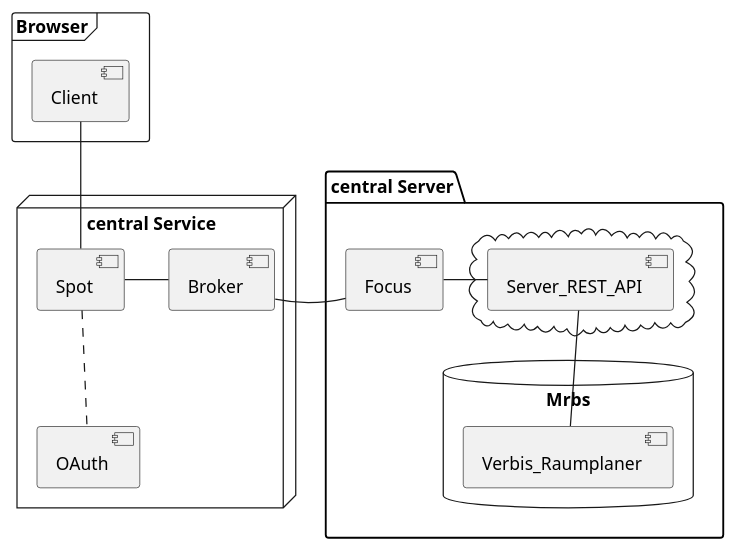
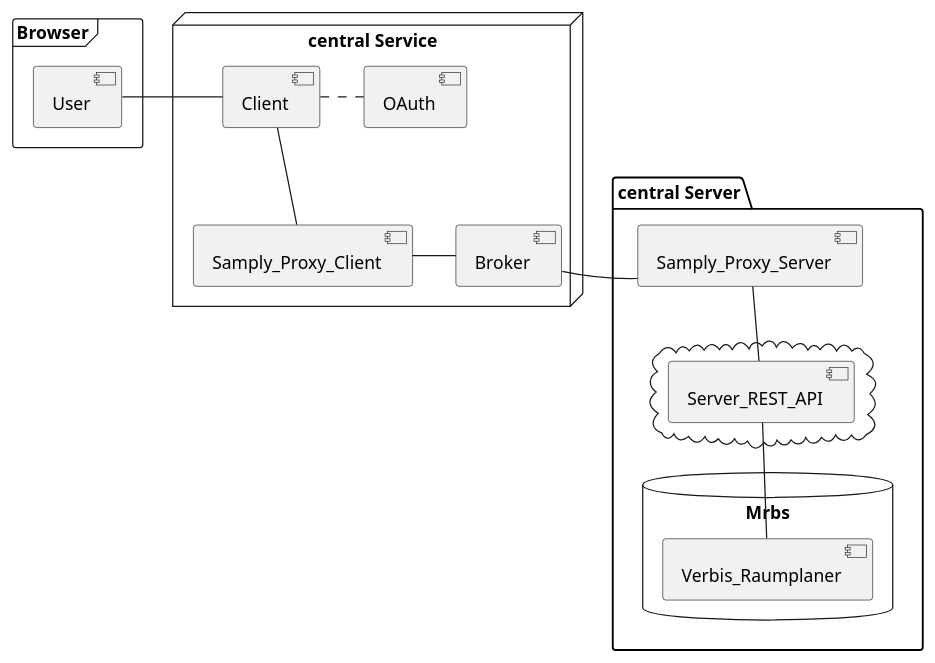
One commit to Martin1088/Plantuml-With-Screenreader changed the diagram in Projekte/Verbis/centralDashboardV1.puml. Above: the diagram before and after it, drawn with PlantUML. The commit also changed 38 other files, not shown here.

```diff
--- a/Projekte/Verbis/centralDashboardV1.puml
+++ b/Projekte/Verbis/centralDashboardV1.puml
@@ -1,29 +1,31 @@
 @startuml
 
 frame "Browser" {
-    [Client]
+    [User]
 }
 
 node "central Service" {
+    [Client]
     [OAuth]
-    [Spot]
+    [Samply_Proxy_Client]
     [Broker]
 }
 
 package "central Server" {
-    [Focus]
+    [Samply_Proxy_Server]
     cloud {
         [Server_REST_API]
     }
     database "Mrbs" {
         [Verbis_Raumplaner]
     }
 }
 '' Verbindungen
-[Client] -- [Spot]
-[Spot] .. [OAuth]
-[Spot] - [Broker]
-[Broker] - [Focus]
-[Focus] - [Server_REST_API]
+[User] - [Client]
+[Client] -- [Samply_Proxy_Client]
+[Client] . [OAuth]
+[Samply_Proxy_Client] - [Broker]
+[Broker] - [Samply_Proxy_Server]
+[Samply_Proxy_Server] -- [Server_REST_API]
 [Server_REST_API] -- [Verbis_Raumplaner]
 @enduml
```
